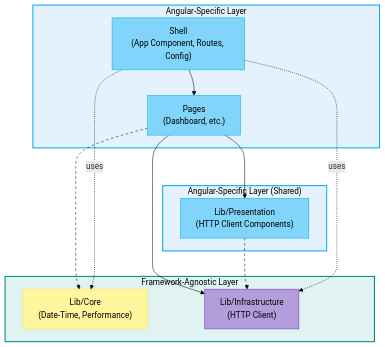
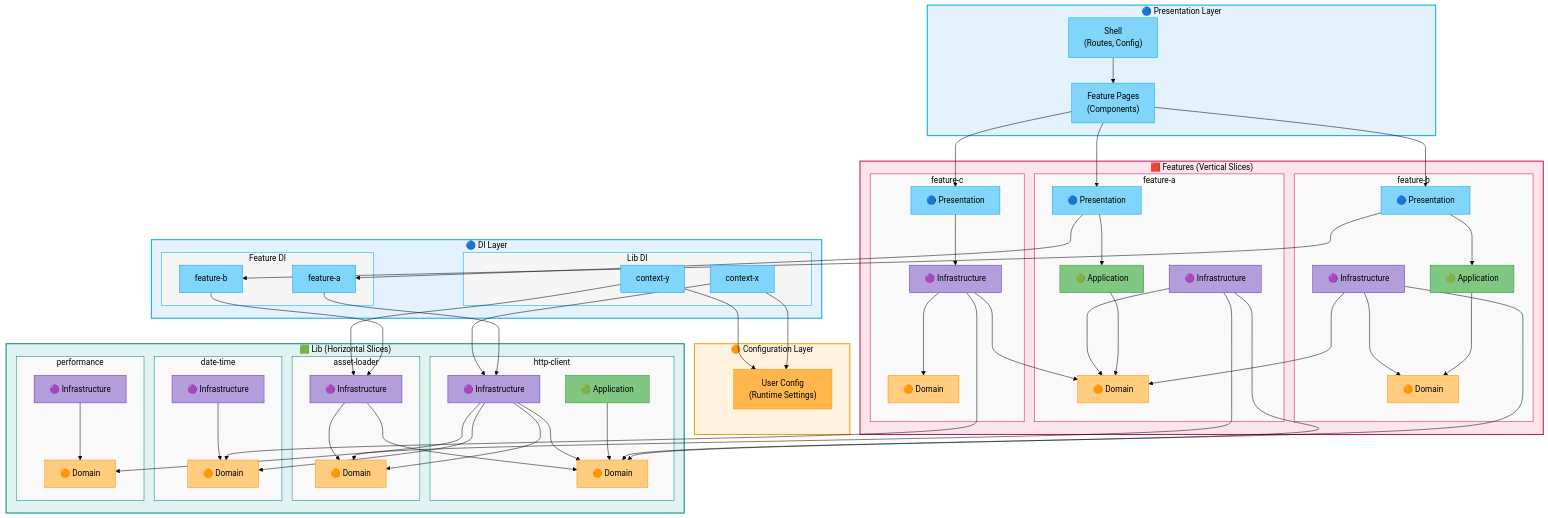
The diagram in docs/ARCHITECTURE.md (najbartomasz/comicbook-vault.apps.gui), drawn with Mermaid before and after one commit. The commit also changed other lines of this file and 161 other files, not shown here.

Commit message:
Major http client related files refactoring.

````diff
--- a/docs/ARCHITECTURE.md
+++ b/docs/ARCHITECTURE.md
@@ -37,37 +37,168 @@
 ```mermaid
 flowchart TB
-    subgraph Angular["Angular-Specific Layer"]
-        Shell["Shell<br/>(App Component, Routes, Config)"]
-        Pages["Pages<br/>(Dashboard, etc.)"]
+    subgraph Presentation["🔵 Presentation Layer"]
+        Shell["Shell<br/>(Routes, Config)"]
+        Pages["Feature Pages<br/>(Components)"]
     end
 
-    subgraph Pure["Framework-Agnostic Layer"]
-        LibCore["Lib/Core<br/>(Date-Time, Performance)"]
-        LibInfra["Lib/Infrastructure<br/>(HTTP Client)"]
+    subgraph DI["🔵 DI Layer"]
+        subgraph FeatureDI["Feature DI"]
+            FDI1["feature-a"]
+            FDI2["feature-b"]
+        end
+        subgraph LibDI["Lib DI"]
+            LDI1["context-x"]
+            LDI2["context-y"]
+        end
     end
 
-    subgraph Angular2["Angular-Specific Layer (Shared)"]
-        LibPres["Lib/Presentation<br/>(HTTP Client Components)"]
+    subgraph Config["🟠 Configuration Layer"]
+        UserConfig["User Config<br/>(Runtime Settings)"]
     end
 
+    subgraph Features["🟥 Features (Vertical Slices)"]
+        subgraph Feature1["feature-a"]
+            F1Domain["🟠 Domain"]
+            F1App["🟢 Application"]
+            F1Infra["🟣 Infrastructure"]
+            F1Pres["🔵 Presentation"]
+        end
+        subgraph Feature2["feature-b"]
+            F2Domain["🟠 Domain"]
+            F2App["🟢 Application"]
+            F2Infra["🟣 Infrastructure"]
+            F2Pres["🔵 Presentation"]
+        end
+        subgraph Feature3["feature-c"]
+            F3Domain["🟠 Domain"]
+            F3Infra["🟣 Infrastructure"]
+            F3Pres["🔵 Presentation"]
+        end
+    end
+
+    subgraph Lib["🟩 Lib (Horizontal Slices)"]
+        subgraph Context1["http-client"]
+            C1Domain["🟠 Domain"]
+            C1App["🟢 Application"]
+            C1Infra["🟣 Infrastructure"]
+        end
+        subgraph Context2["asset-loader"]
+            C2Domain["🟠 Domain"]
+            C2Infra["🟣 Infrastructure"]
+        end
+        subgraph Context3["date-time"]
+            C3Domain["🟠 Domain"]
+            C3Infra["🟣 Infrastructure"]
+        end
+        subgraph Context4["performance"]
+            C4Domain["🟠 Domain"]
+            C4Infra["🟣 Infrastructure"]
+        end
+    end
+
+    %% Presentation Layer
     Shell --> Pages
-    Pages --> LibPres
-    Pages --> LibInfra
-    Pages --> LibCore
-    LibPres --> LibInfra
-    Shell -.uses.-> LibInfra
-    Shell -.uses.-> LibCore
+    Pages --> F1Pres
+    Pages --> F2Pres
+    Pages --> F3Pres
 
-    style Angular fill:#e3f2fd,stroke:#03A9F4,stroke-width:2px,color:#000000
-    style Angular2 fill:#e3f2fd,stroke:#03A9F4,stroke-width:2px,color:#000000
-    style Pure fill:#E0F2F1,stroke:#00897B,stroke-width:2px,color:#000000
+    %% Feature-a internal
+    F1Pres --> FDI1
+    F1Pres --> F1App
+    F1App --> F1Domain
+    F1Infra --> F1Domain
+    FDI1 --> C1Infra
+
+    %% Feature-b internal
+    F2Pres --> FDI2
+    F2Pres --> F2App
+    F2App --> F2Domain
+    F2Infra --> F2Domain
+    FDI2 --> C2Infra
+
+    %% Feature-c internal
+    F3Pres --> F3Infra
+    F3Infra --> F3Domain
+
+    %% Features using other Features
+    F2Infra --> F1Domain
+    F3Infra --> F1Domain
+
+    %% Features using Libs
+    F1Infra --> C1Domain
+    F1Infra --> C2Domain
+    F2Infra --> C1Domain
+    F3Infra --> C3Domain
+
+    %% Lib DI
+    LDI1 --> C1Infra
+    LDI1 --> UserConfig
+    LDI2 --> C2Infra
+    LDI2 --> UserConfig
+
+    %% Libs using other Libs
+    C1App --> C1Domain
+    C1Infra --> C1Domain
+    C1Infra --> C2Domain
+    C1Infra --> C3Domain
+    C1Infra --> C4Domain
+
+    C2Infra --> C2Domain
+    C2Infra --> C1Domain
+
+    C3Infra --> C3Domain
+
+    C4Infra --> C4Domain
+
+    %% Container Styles
+    style Presentation fill:#e3f2fd,stroke:#03A9F4,stroke-width:2px,color:#000000
+    style DI fill:#e3f2fd,stroke:#03A9F4,stroke-width:2px,color:#000000
+    style FeatureDI fill:#f5f5f5,stroke:#03A9F4,stroke-width:1px,color:#000000
+    style LibDI fill:#f5f5f5,stroke:#03A9F4,stroke-width:1px,color:#000000
+    style Config fill:#fff3e0,stroke:#FF9800,stroke-width:2px,color:#000000
+    style Features fill:#FCE4EC,stroke:#C2185B,stroke-width:2px,color:#000000
+    style Lib fill:#E0F2F1,stroke:#00897B,stroke-width:2px,color:#000000
+
+    style Feature1 fill:#f9f9f9,stroke:#C2185B,stroke-width:1px,color:#000000
+    style Feature2 fill:#f9f9f9,stroke:#C2185B,stroke-width:1px,color:#000000
+    style Feature3 fill:#f9f9f9,stroke:#C2185B,stroke-width:1px,color:#000000
+    style Context1 fill:#f9f9f9,stroke:#00897B,stroke-width:1px,color:#000000
+    style Context2 fill:#f9f9f9,stroke:#00897B,stroke-width:1px,color:#000000
+    style Context3 fill:#f9f9f9,stroke:#00897B,stroke-width:1px,color:#000000
+    style Context4 fill:#f9f9f9,stroke:#00897B,stroke-width:1px,color:#000000
+
+    %% Node Styles
     style Shell fill:#81D4FA,color:#000000,stroke:#03A9F4,stroke-width:1px
     style Pages fill:#81D4FA,color:#000000,stroke:#03A9F4,stroke-width:1px
-    style LibPres fill:#81D4FA,color:#000000,stroke:#03A9F4,stroke-width:1px
-    style LibCore fill:#FFF59D,color:#000000,stroke:#FFEB3B,stroke-width:1px
-    style LibInfra fill:#B39DDB,color:#000000,stroke:#673AB7,stroke-width:1px
+    style FDI1 fill:#81D4FA,color:#000000,stroke:#03A9F4,stroke-width:1px
+    style FDI2 fill:#81D4FA,color:#000000,stroke:#03A9F4,stroke-width:1px
+    style LDI1 fill:#81D4FA,color:#000000,stroke:#03A9F4,stroke-width:1px
+    style LDI2 fill:#81D4FA,color:#000000,stroke:#03A9F4,stroke-width:1px
+    style UserConfig fill:#FFB74D,color:#000000,stroke:#FF9800,stroke-width:1px
+
+    style F1Domain fill:#FFCC80,color:#000000,stroke:#FF9800,stroke-width:1px
+    style F1App fill:#81C784,color:#000000,stroke:#388E3C,stroke-width:1px
+    style F1Infra fill:#B39DDB,color:#000000,stroke:#673AB7,stroke-width:1px
+    style F1Pres fill:#81D4FA,color:#000000,stroke:#03A9F4,stroke-width:1px
+
+    style F2Domain fill:#FFCC80,color:#000000,stroke:#FF9800,stroke-width:1px
+    style F2App fill:#81C784,color:#000000,stroke:#388E3C,stroke-width:1px
+    style F2Infra fill:#B39DDB,color:#000000,stroke:#673AB7,stroke-width:1px
+    style F2Pres fill:#81D4FA,color:#000000,stroke:#03A9F4,stroke-width:1px
+
+    style F3Domain fill:#FFCC80,color:#000000,stroke:#FF9800,stroke-width:1px
+    style F3Infra fill:#B39DDB,color:#000000,stroke:#673AB7,stroke-width:1px
+    style F3Pres fill:#81D4FA,color:#000000,stroke:#03A9F4,stroke-width:1px
+
+    style C1Domain fill:#FFCC80,color:#000000,stroke:#FF9800,stroke-width:1px
+    style C1App fill:#81C784,color:#000000,stroke:#388E3C,stroke-width:1px
+    style C1Infra fill:#B39DDB,color:#000000,stroke:#673AB7,stroke-width:1px
+    style C2Domain fill:#FFCC80,color:#000000,stroke:#FF9800,stroke-width:1px
+    style C2Infra fill:#B39DDB,color:#000000,stroke:#673AB7,stroke-width:1px
+    style C3Domain fill:#FFCC80,color:#000000,stroke:#FF9800,stroke-width:1px
+    style C3Infra fill:#B39DDB,color:#000000,stroke:#673AB7,stroke-width:1px
+    style C4Domain fill:#FFCC80,color:#000000,stroke:#FF9800,stroke-width:1px
+    style C4Infra fill:#B39DDB,color:#000000,stroke:#673AB7,stroke-width:1px
 
     linkStyle default stroke:#000000,stroke-width:1px
-    linkStyle 3 stroke:#000000,stroke-width:1px,stroke-dasharray:5
-    linkStyle 4 stroke:#000000,stroke-width:1px,stroke-dasharray:5
 ```
````
